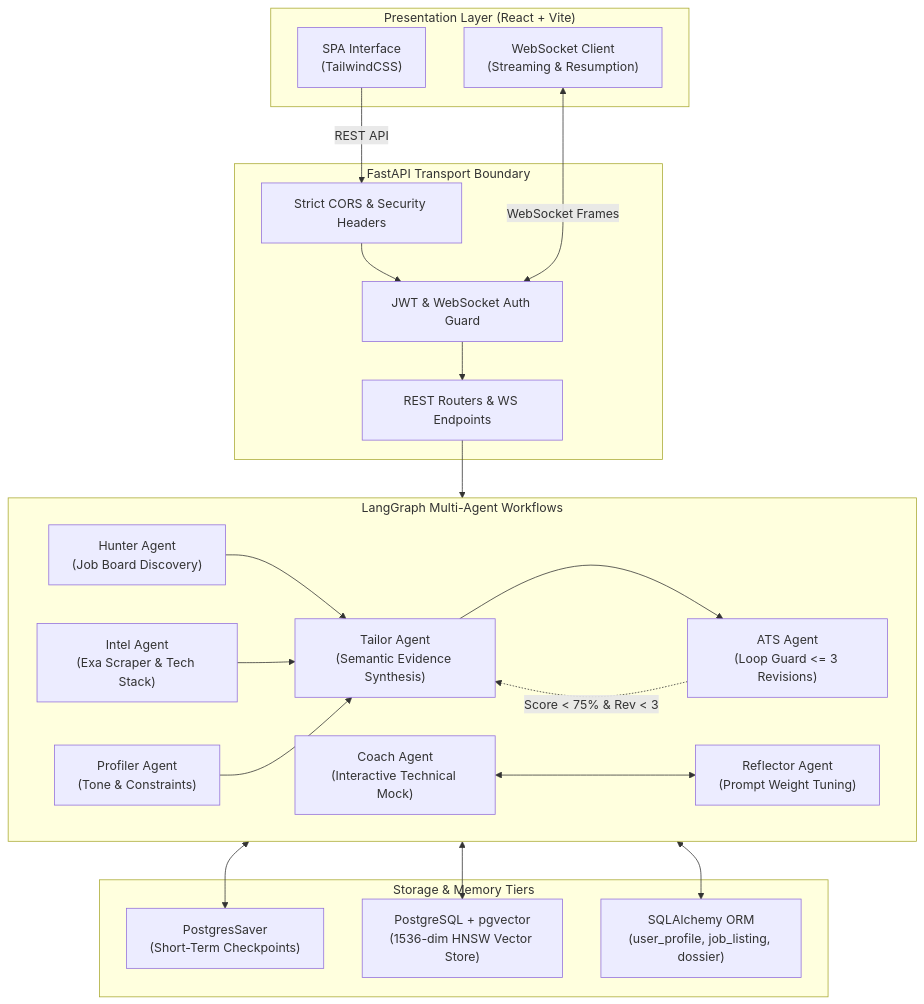
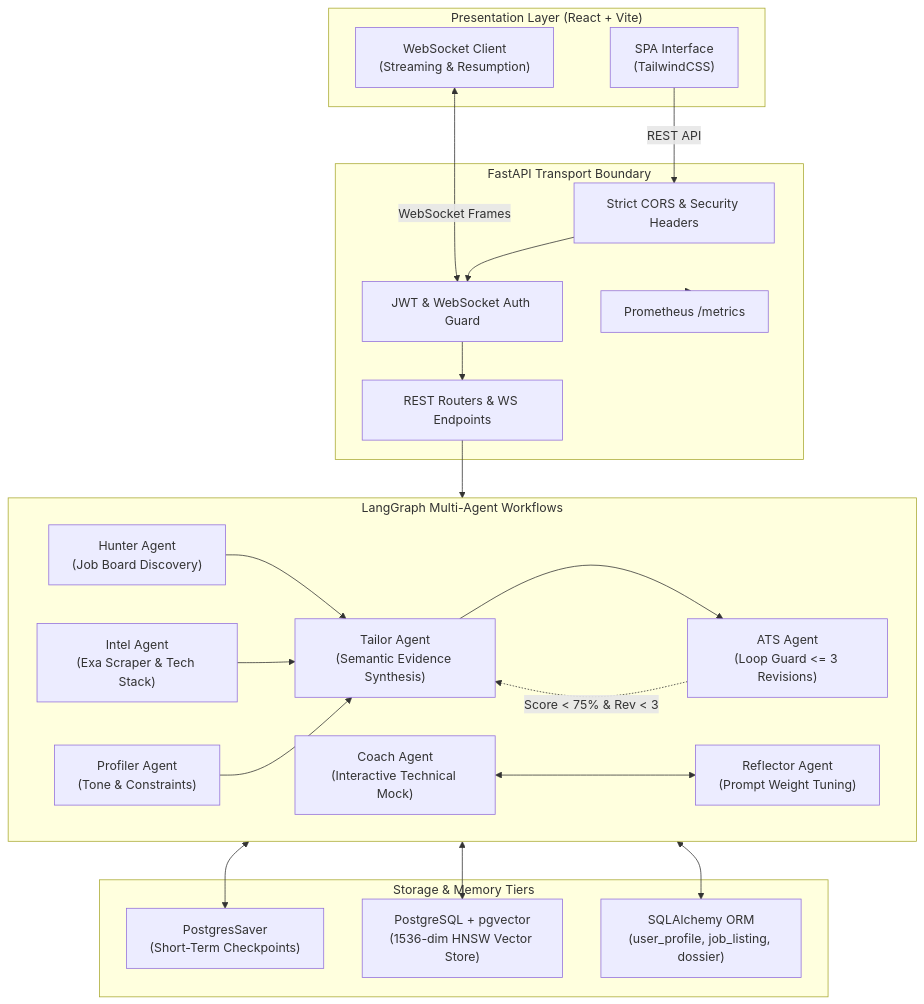
Before and after one commit to bibhashkar/Career-OS: the diagram in README.md, drawn with Mermaid. The commit also changed other lines of this file, not shown here.

Commit message:
docs(readme): update setup instructions and architecture features

````diff
--- a/README.md
+++ b/README.md
@@ -11,39 +11,41 @@
 ```mermaid
 flowchart TD
     subgraph Frontend["Presentation Layer (React + Vite)"]
         UI["SPA Interface<br/>(TailwindCSS)"]
         WSClient["WebSocket Client<br/>(Streaming & Resumption)"]
     end
 
     subgraph API["FastAPI Transport Boundary"]
         CORS["Strict CORS & Security Headers"]
         Auth["JWT & WebSocket Auth Guard"]
         Router["REST Routers & WS Endpoints"]
+        Metrics["Prometheus /metrics"]
     end
 
     subgraph Agents["LangGraph Multi-Agent Workflows"]
         Hunter["Hunter Agent<br/>(Job Board Discovery)"]
         Intel["Intel Agent<br/>(Exa Scraper & Tech Stack)"]
         Profiler["Profiler Agent<br/>(Tone & Constraints)"]
         Tailor["Tailor Agent<br/>(Semantic Evidence Synthesis)"]
         ATS["ATS Agent<br/>(Loop Guard <= 3 Revisions)"]
         Coach["Coach Agent<br/>(Interactive Technical Mock)"]
         Reflector["Reflector Agent<br/>(Prompt Weight Tuning)"]
     end
 
     subgraph Persistence["Storage & Memory Tiers"]
         PGSaver["PostgresSaver<br/>(Short-Term Checkpoints)"]
         PGVector["PostgreSQL + pgvector<br/>(1536-dim HNSW Vector Store)"]
         Relational["SQLAlchemy ORM<br/>(user_profile, job_listing, dossier)"]
     end
 
     UI -->|REST API| CORS --> Auth --> Router
     WSClient <-->|WebSocket Frames| Auth
     Router --> Agents
     Hunter & Intel & Profiler --> Tailor --> ATS
     ATS -.->|Score < 75% & Rev < 3| Tailor
     Coach <--> Reflector
     Agents <--> PGSaver
     Agents <--> PGVector
     Agents <--> Relational
+    API --> Metrics
 ```
````
